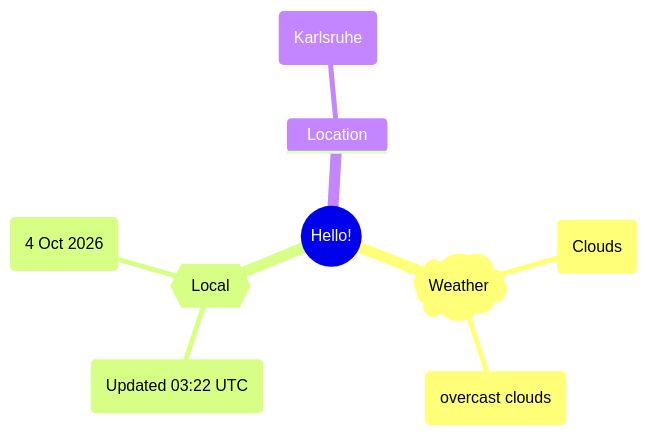
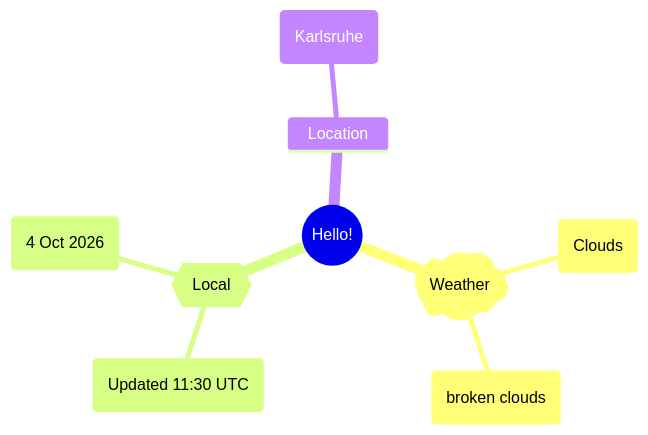
The first of 2 diagrams in README.md (Xosrov/Xosrov), drawn with Mermaid before and after one commit.

Commit message:
[bot] updated images

````diff
--- a/README.md
+++ b/README.md
@@ -3,12 +3,12 @@
 ```mermaid
 mindmap
   root((Hello!))
     )Weather(
         (Clouds)
-        (overcast clouds)
+        (broken clouds)
     {{Local}}
-        (Updated 03:22 UTC)
+        (Updated 11:30 UTC)
         (4 Oct 2026)
     Location
         (Karlsruhe)
 ```
````
